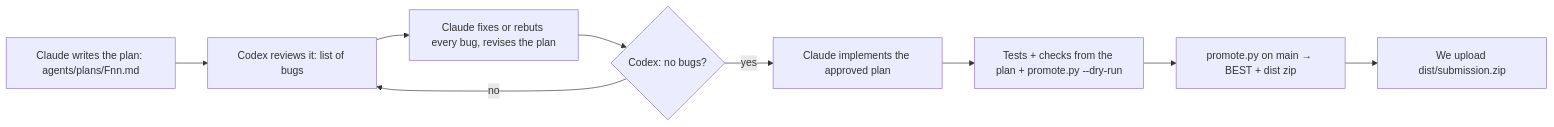
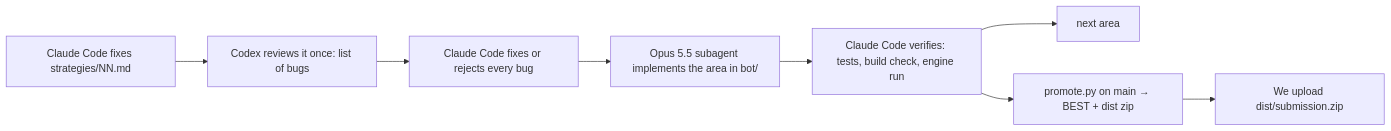
One commit to adarshkr7/pokerbot_larpmaxxxin changed the diagram in agents/README.md. Above: the diagram before and after it, drawn with Mermaid. The commit also changed other lines of this file and 40 other files, not shown here.

````diff
--- a/agents/README.md
+++ b/agents/README.md
@@ -5,11 +7,10 @@
 ```mermaid
 flowchart LR
-    plan[Claude writes the plan: agents/plans/Fnn.md] --> review[Codex reviews it: list of bugs]
-    review --> fix[Claude fixes or rebuts every bug, revises the plan]
-    fix --> clean{Codex: no bugs?}
-    clean -- no --> review
-    clean -- yes --> impl[Claude implements the approved plan]
-    impl --> verify[Tests + checks from the plan + promote.py --dry-run]
+    fix1[Claude Code fixes strategies/NN.md] --> review[Codex reviews it once: list of bugs]
+    review --> fix2[Claude Code fixes or rejects every bug]
+    fix2 --> impl[Opus 5.5 subagent implements the area in bot/]
+    impl --> verify[Claude Code verifies: tests, build check, engine run]
+    verify --> next[next area]
     verify --> promote[promote.py on main → BEST + dist zip]
     promote --> upload[We upload dist/submission.zip]
 ```
````
